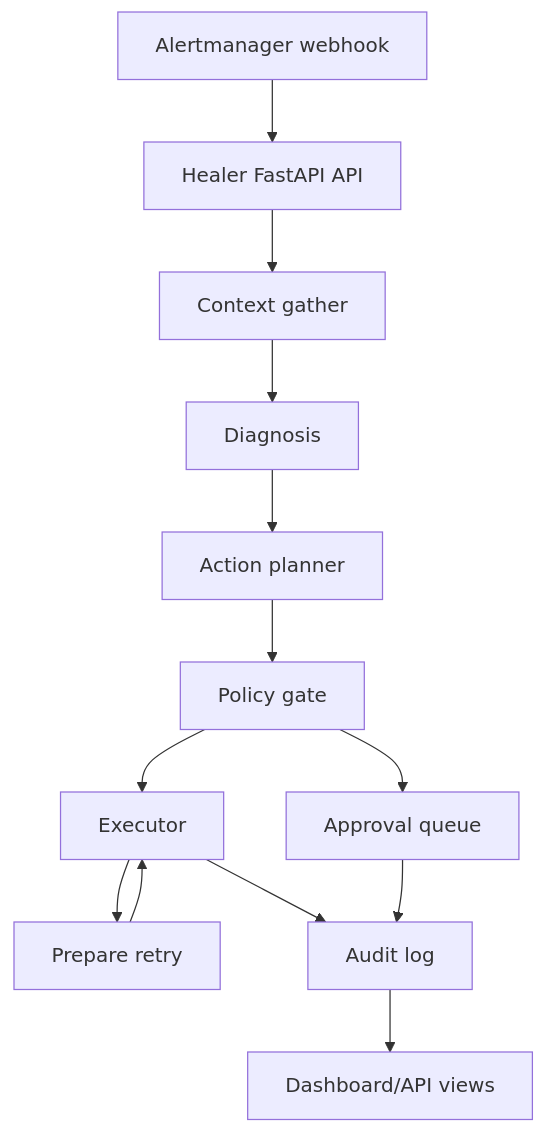
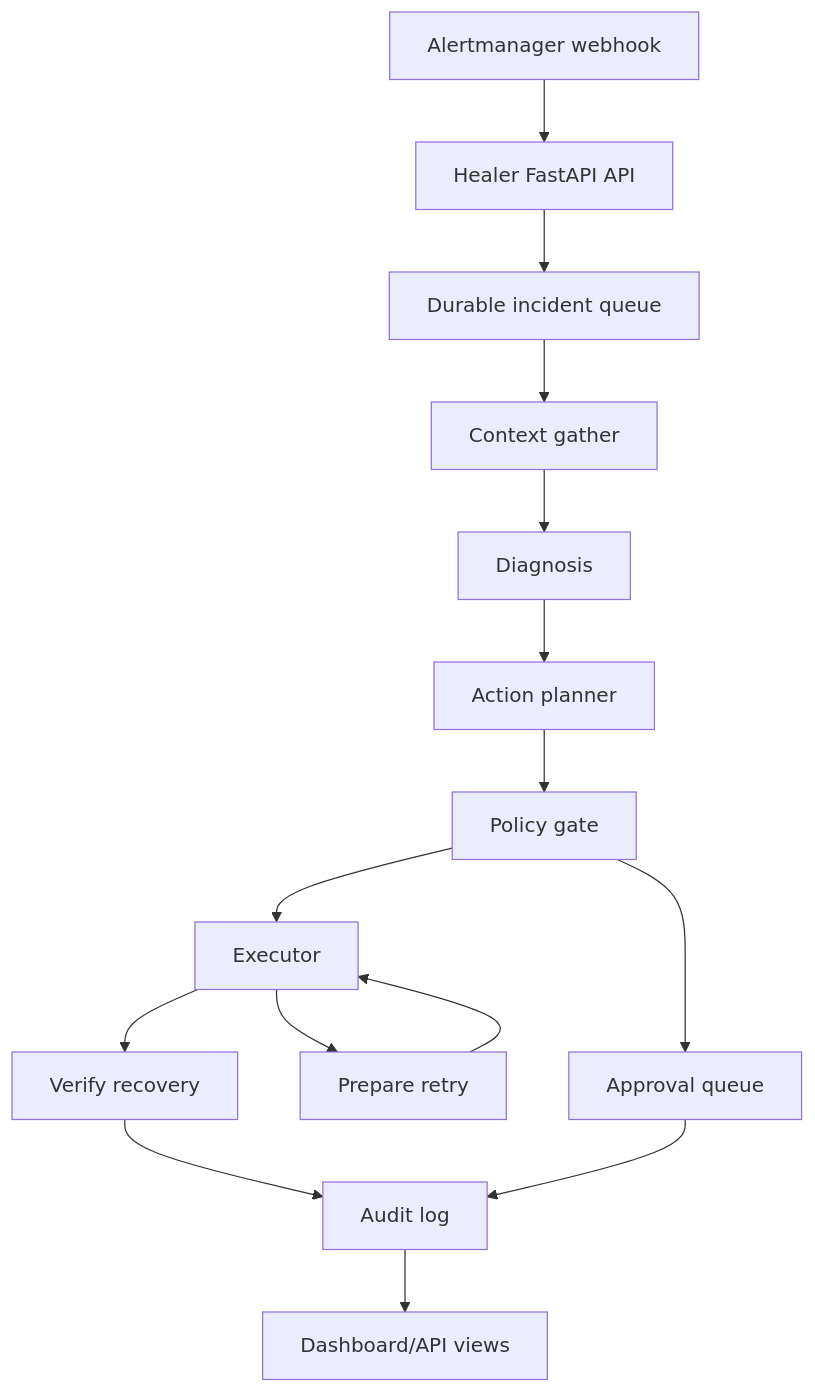
Before and after one commit to Protagonist01/self-healing-monitor: the diagram in docs/architecture.md, drawn with Mermaid. The commit also changed other lines of this file and 101 other files, not shown here.

````diff
--- a/docs/architecture.md
+++ b/docs/architecture.md
@@ -7,15 +7,17 @@
 ```mermaid
 flowchart TD
   alert["Alertmanager webhook"] --> api["Healer FastAPI API"]
-  api --> context["Context gather"]
+  api --> intake["Durable incident queue"]
+  intake --> context["Context gather"]
   context --> diagnose["Diagnosis"]
   diagnose --> planner["Action planner"]
   planner --> gate["Policy gate"]
   gate --> exec["Executor"]
   gate --> queue["Approval queue"]
   exec --> retry["Prepare retry"]
   retry --> exec
-  exec --> audit["Audit log"]
+  exec --> verify["Verify recovery"]
+  verify --> audit["Audit log"]
   queue --> audit
   audit --> dashboard["Dashboard/API views"]
 ```
````
